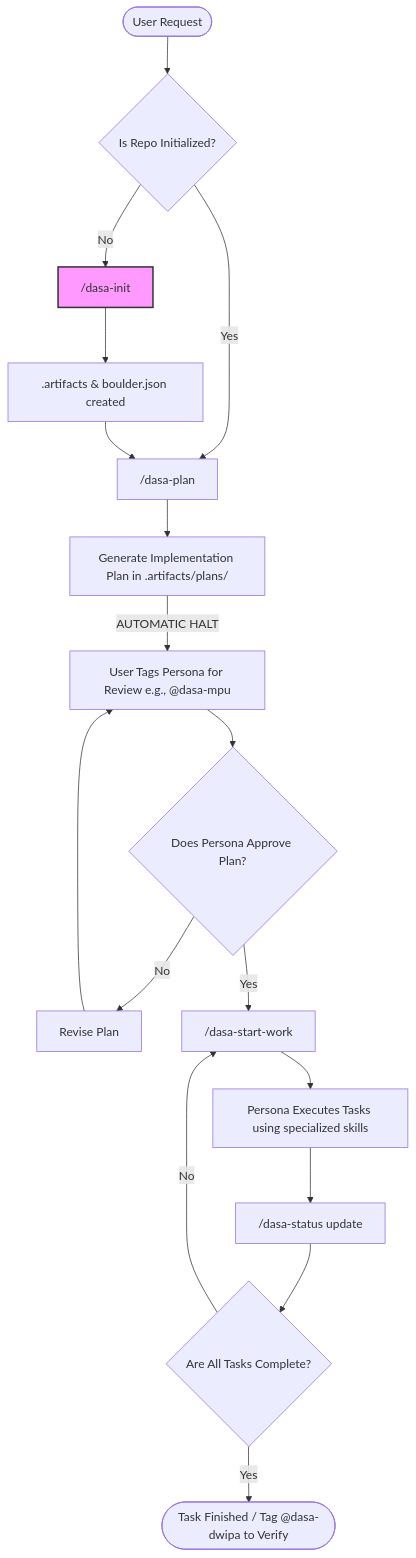
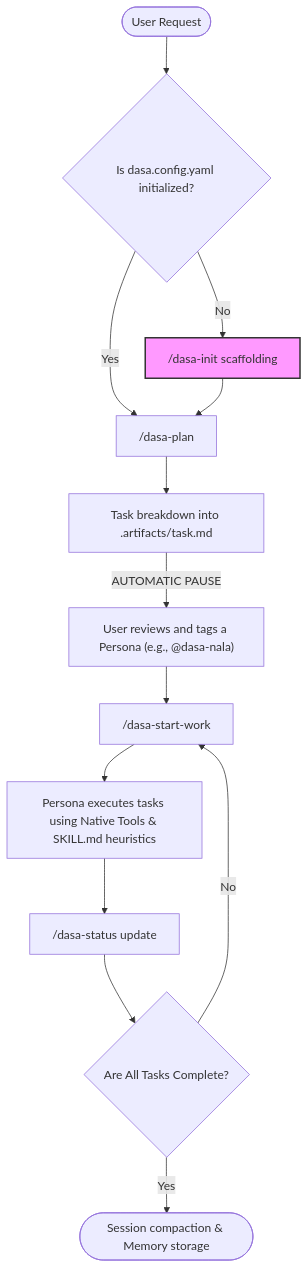
The diagram in README.md (TudeOrangBiasa/dasa-sradha-kit), drawn with Mermaid before and after one commit. The commit also changed other lines of this file, not shown here.

Commit message:
docs: restructure How Dasa Works into tabbed sections with V3 flowchart and pseudocode

````diff
--- a/README.md
+++ b/README.md
@@ -223,27 +56,23 @@
 ```mermaid
 graph TD
-    A([User Request]) --> B{Is Repo Initialized?}
-    B -- No --> C["/dasa-init"]
-    C --> D[".artifacts & boulder.json created"]
-    B -- Yes --> E["/dasa-plan"]
-    D --> E
+    A([User Request]) --> B{Is dasa.config.yaml initialized?}
+    B -- No --> C["/dasa-init scaffolding"]
+    B -- Yes --> D["/dasa-plan"]
     
-    E --> F["Generate Implementation Plan in .artifacts/plans/"]
-    F -- AUTOMATIC HALT --> G["User Tags Persona for Review e.g., @dasa-mpu"]
+    C --> D
     
-    G --> H{Does Persona Approve Plan?}
-    H -- No --> I[Revise Plan]
-    I --> G
+    D --> E["Task breakdown into .artifacts/task.md"]
+    E -- AUTOMATIC PAUSE --> F["User reviews and tags a Persona (e.g., @dasa-nala)"]
     
-    H -- Yes --> J["/dasa-start-work"]
+    F --> G["/dasa-start-work"]
+    G --> H[Persona executes tasks using Native Tools & SKILL.md heuristics]
     
-    J --> K[Persona Executes Tasks using specialized skills]
-    K --> L["/dasa-status update"]
+    H --> I["/dasa-status update"]
+    I --> J{Are All Tasks Complete?}
     
-    L --> M{Are All Tasks Complete?}
-    M -- No --> J
-    M -- Yes --> N(["Task Finished / Tag @dasa-dwipa to Verify"])
+    J -- No --> G
+    J -- Yes --> K(["Session compaction & Memory storage"])
     
     classDef init fill:#f9f,stroke:#333,stroke-width:2px;
     class C init;
 ```
````
